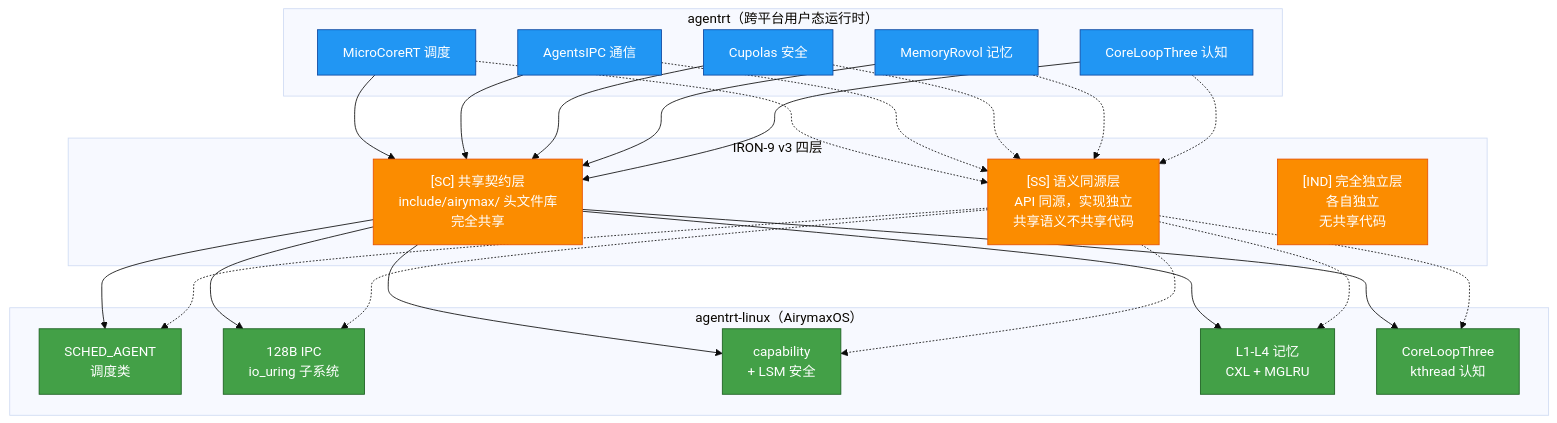
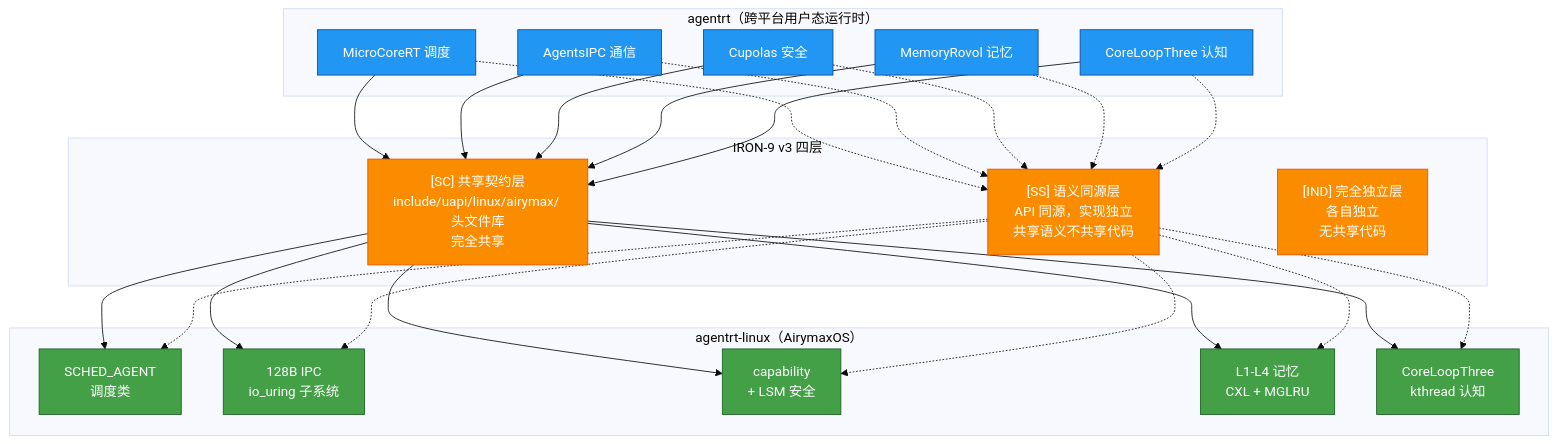
One commit to openairymax/docs-linux changed the second of 3 diagrams in 50-engineering-standards/40-integration/README.md. Above: the diagram before and after it, drawn with Mermaid (base theme). The commit also changed other lines of this file and 125 other files, not shown here.

Commit message:
docs: 更新所有文档中的SC头文件路径到uapi/linux目录 统一修正所有文档中引用的[SC]共享契约层头文件路径，将原`include/airymax/`统一更新为符合Linux内核UAPI规范的`include/uapi/linux/airymax/`路径，确保文档与实际代码布局一致。

````diff
--- a/50-engineering-standards/40-integration/README.md
+++ b/50-engineering-standards/40-integration/README.md
@@ -117,55 +117,55 @@
 ```mermaid
 graph TD
     subgraph "agentrt（跨平台用户态运行时）"
         RT1[MicroCoreRT 调度]
         RT2[AgentsIPC 通信]
         RT3[Cupolas 安全]
         RT4[MemoryRovol 记忆]
         RT5[CoreLoopThree 认知]
     end
 
     subgraph "IRON-9 v3 四层"
-        SC["[SC] 共享契约层<br/>include/airymax/ 头文件库<br/>完全共享"]
+        SC["[SC] 共享契约层<br/>include/uapi/linux/airymax/ 头文件库<br/>完全共享"]
         SS["[SS] 语义同源层<br/>API 同源，实现独立<br/>共享语义不共享代码"]
         IND["[IND] 完全独立层<br/>各自独立<br/>无共享代码"]
     end
 
     subgraph "agentrt-linux（AirymaxOS）"
         OS1["SCHED_AGENT<br/>调度类"]
         OS2["128B IPC<br/>io_uring 子系统"]
         OS3["capability<br/>+ LSM 安全"]
         OS4["L1-L4 记忆<br/>CXL + MGLRU"]
         OS5["CoreLoopThree<br/>kthread 认知"]
     end
 
     RT1 --> SC
     RT2 --> SC
     RT3 --> SC
     RT4 --> SC
     RT5 --> SC
 
     SC --> OS1
     SC --> OS2
     SC --> OS3
     SC --> OS4
     SC --> OS5
 
     RT1 -.-> SS
     SS -.-> OS1
     RT2 -.-> SS
     SS -.-> OS2
     RT3 -.-> SS
     SS -.-> OS3
     RT4 -.-> SS
     SS -.-> OS4
     RT5 -.-> SS
     SS -.-> OS5
 
     classDef rt fill:#2196f3,stroke:#0d47a1,color:#ffffff
     classDef iron fill:#fb8c00,stroke:#e65100,color:#ffffff
     classDef os fill:#43a047,stroke:#1b5e20,color:#ffffff
 
     class RT1,RT2,RT3,RT4,RT5 rt
     class SC,SS,IND iron
     class OS1,OS2,OS3,OS4,OS5 os
 ```
````
